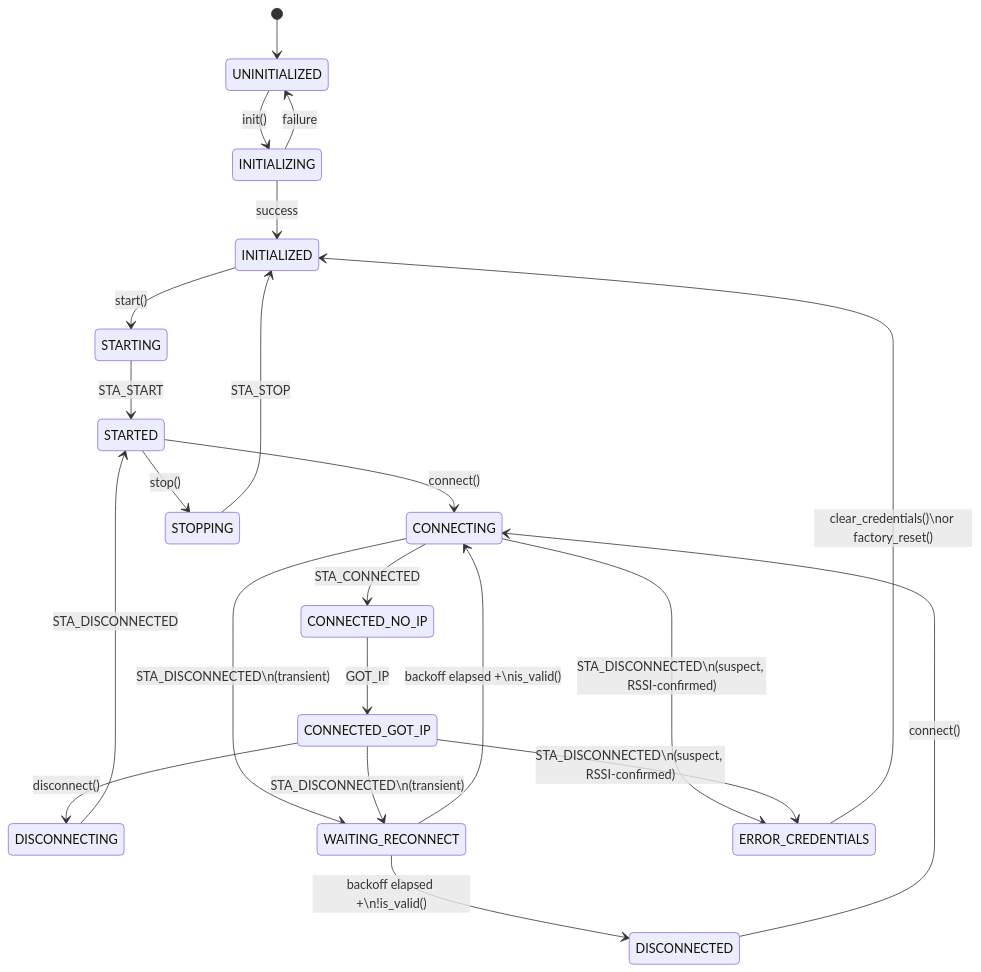
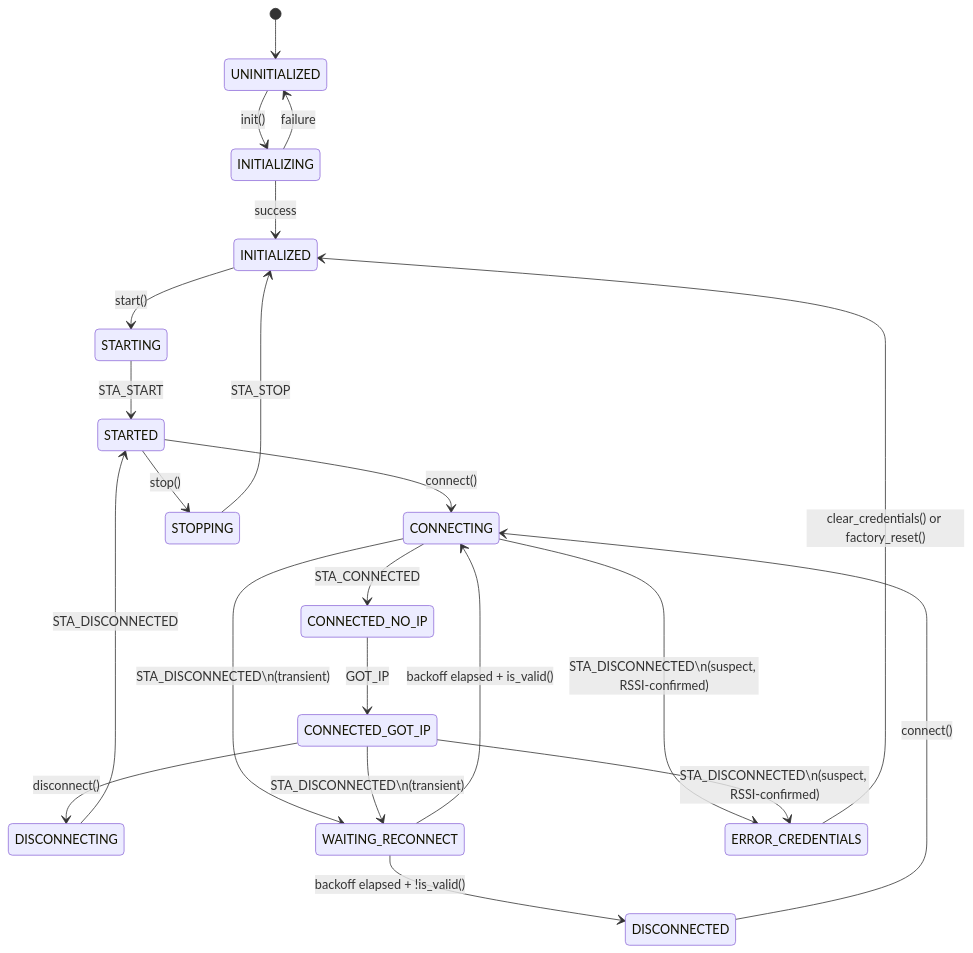
One commit to aluiziotomazelli/wifi_manager changed the fourth of 4 diagrams in DESIGN.md. Above: the diagram before and after it, drawn with Mermaid. The commit also changed other lines of this file and 1 other file, not shown here.

Commit message:
doc: mermaids on docs

````diff
--- a/DESIGN.md
+++ b/DESIGN.md
@@ -154,31 +154,31 @@
 ```mermaid
 stateDiagram-v2
     [*] --> UNINITIALIZED
     UNINITIALIZED --> INITIALIZING : init()
     INITIALIZING --> INITIALIZED : success
     INITIALIZING --> UNINITIALIZED : failure
 
     INITIALIZED --> STARTING : start()
     STARTING --> STARTED : STA_START
 
     STARTED --> CONNECTING : connect()
     CONNECTING --> CONNECTED_NO_IP : STA_CONNECTED
     CONNECTED_NO_IP --> CONNECTED_GOT_IP : GOT_IP
 
     CONNECTED_GOT_IP --> DISCONNECTING : disconnect()
     DISCONNECTING --> STARTED : STA_DISCONNECTED
 
     STARTED --> STOPPING : stop()
     STOPPING --> INITIALIZED : STA_STOP
 
     CONNECTING --> WAITING_RECONNECT : STA_DISCONNECTED\n(transient)
     CONNECTED_GOT_IP --> WAITING_RECONNECT : STA_DISCONNECTED\n(transient)
-    WAITING_RECONNECT --> CONNECTING : backoff elapsed +\nis_valid()
+    WAITING_RECONNECT --> CONNECTING : backoff elapsed + is_valid()
 
     CONNECTING --> ERROR_CREDENTIALS : STA_DISCONNECTED\n(suspect, RSSI-confirmed)
     CONNECTED_GOT_IP --> ERROR_CREDENTIALS : STA_DISCONNECTED\n(suspect, RSSI-confirmed)
-    WAITING_RECONNECT --> DISCONNECTED : backoff elapsed +\n!is_valid()
+    WAITING_RECONNECT --> DISCONNECTED : backoff elapsed + !is_valid()
 
     DISCONNECTED --> CONNECTING : connect()
-    ERROR_CREDENTIALS --> INITIALIZED : clear_credentials()\nor factory_reset()
+    ERROR_CREDENTIALS --> INITIALIZED : clear_credentials() or factory_reset()
 ```
````
